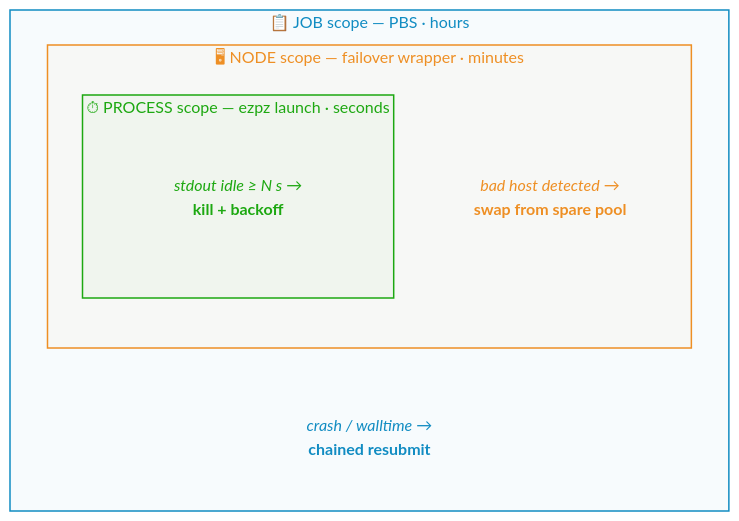
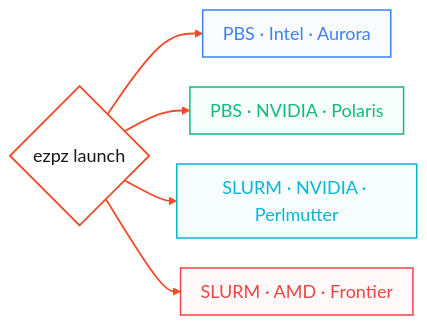
Before and after one commit to saforem2/samf.sh: the first of 5 diagrams in web/src/pages/talks/2026/10/30/index.mdx, drawn with Mermaid. The commit also changed other lines of this file, not shown here.

````diff
--- a/web/src/pages/talks/2026/10/30/index.mdx
+++ b/web/src/pages/talks/2026/10/30/index.mdx
@@ -343,25 +337,20 @@
 ```mermaid
-flowchart TB
-    subgraph job["📋 JOB scope — PBS · hours"]
-        JOB_TXT["<i>crash / walltime</i> →<br/><span style='font-weight:700'>chained resubmit</span>"]
-        subgraph node["🖥 NODE scope — failover wrapper · minutes"]
-            NODE_TXT["<i>bad host detected</i> →<br/><span style='font-weight:700'>swap from spare pool</span>"]
-            subgraph proc["⏱ PROCESS scope — ezpz launch · seconds"]
-                PROC_TXT["<i>stdout idle ≥ N s</i> →<br/><span style='font-weight:700'>kill + backoff</span>"]
-            end
-        end
-    end
-
-    classDef jobC  fill:#118cc208,stroke:#118cc2,color:#118cc2,stroke-width:1.5px
-    classDef nodeC fill:#ee8f2408,stroke:#ee8f24,color:#ee8f24,stroke-width:1.5px
-    classDef procC fill:#1da81108,stroke:#1da811,color:#1da811,stroke-width:1.5px
-    classDef jobTxt  fill:transparent,stroke:none,color:#118cc2
-    classDef nodeTxt fill:transparent,stroke:none,color:#ee8f24
-    classDef procTxt fill:transparent,stroke:none,color:#1da811
-    class JOB_TXT jobTxt
-    class NODE_TXT nodeTxt
-    class PROC_TXT procTxt
-    class job jobC
-    class node nodeC
-    class proc procC
+%%{init: {'themeVariables': {'fontSize': '18px'}, 'flowchart': {'nodeSpacing': 30, 'rankSpacing': 28, 'padding': 10}}}%%
+flowchart LR
+    EZ{"ezpz launch"}
+    EZ --> AURORA["PBS · Intel · Aurora"]
+    EZ --> POLARIS["PBS · NVIDIA · Polaris"]
+    EZ --> PM["SLURM · NVIDIA · Perlmutter"]
+    EZ --> FRONTIER["SLURM · AMD · Frontier"]
+    classDef hub fill:none,stroke:#ee4c2c,color:#181716,stroke-width:1.8px
+    linkStyle default stroke:#ee4c2c,stroke-width:1.8px
+    classDef aurora fill:#3b82f608,stroke:#3b82f6,color:#3b82f6,stroke-width:1.5px
+    classDef polaris fill:#10b98108,stroke:#10b981,color:#10b981,stroke-width:1.5px
+    classDef perlmutter fill:#06b6d408,stroke:#06b6d4,color:#06b6d4,stroke-width:1.5px
+    classDef frontier fill:#ef444408,stroke:#ef4444,color:#ef4444,stroke-width:1.5px
+    class EZ hub
+    class AURORA aurora
+    class POLARIS polaris
+    class PM perlmutter
+    class FRONTIER frontier
 ```
````
